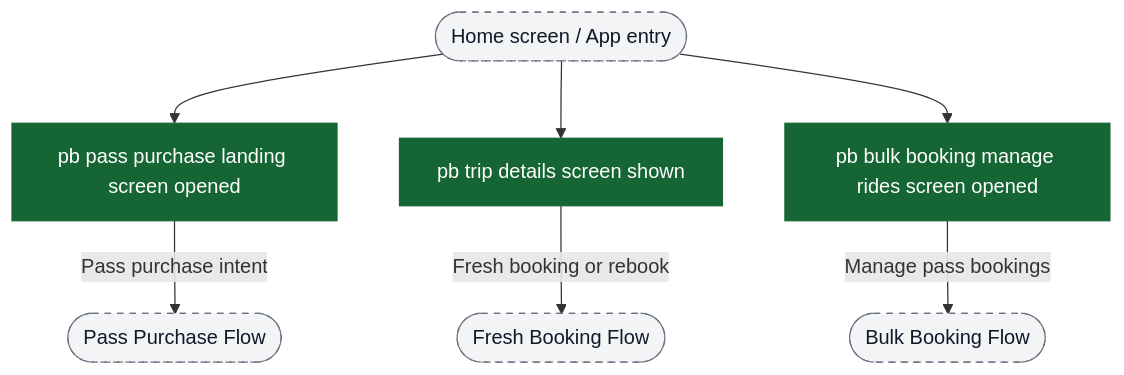
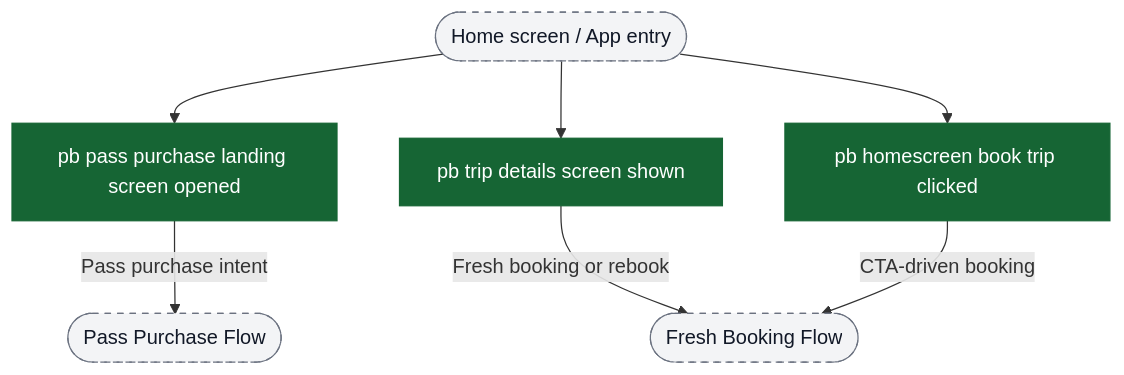
Before and after one commit to ratulsarna/chalo-app-dashboard: the second of 7 diagrams in content/analytics/premium-bus-booking/flow-diagrams.md, drawn with Mermaid. The commit also changed other lines of this file and 9 other files, not shown here.

First line of the commit message:
Add flow diagrams for Premium Bus bulk booking and manage rides analytics events

````diff
--- a/content/analytics/premium-bus-booking/flow-diagrams.md
+++ b/content/analytics/premium-bus-booking/flow-diagrams.md
@@ -34,16 +34,16 @@
 ```mermaid
 flowchart TD
   ui_home([Home screen / App entry]) --> ev_passLandingOpen["pb pass purchase landing screen opened"]
   ui_home --> ev_tripDetailsOpen["pb trip details screen shown"]
-  ui_home --> ev_bulkOpen["pb bulk booking manage rides screen opened"]
+  ui_home --> ev_homeCta["pb homescreen book trip clicked"]
 
   ev_passLandingOpen -->|Pass purchase intent| ui_passFlow([Pass Purchase Flow])
   ev_tripDetailsOpen -->|Fresh booking or rebook| ui_freshFlow([Fresh Booking Flow])
-  ev_bulkOpen -->|Manage pass bookings| ui_bulkFlow([Bulk Booking Flow])
+  ev_homeCta -->|CTA-driven booking| ui_freshFlow
 
   classDef event fill:#166534,stroke:#166534,color:#ffffff;
   classDef ui fill:#f3f4f6,stroke:#6b7280,stroke-dasharray: 5 5,color:#111827;
 
-  class ev_passLandingOpen,ev_tripDetailsOpen,ev_bulkOpen event;
-  class ui_home,ui_passFlow,ui_freshFlow,ui_bulkFlow ui;
+  class ev_passLandingOpen,ev_tripDetailsOpen,ev_homeCta event;
+  class ui_home,ui_passFlow,ui_freshFlow ui;
 ```
````
